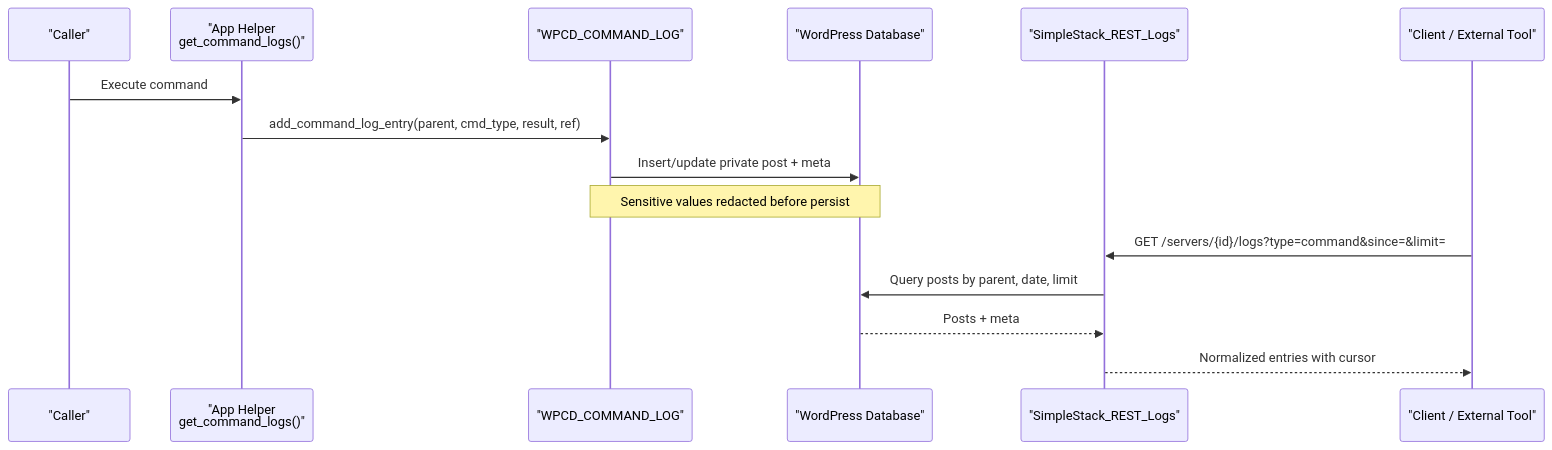
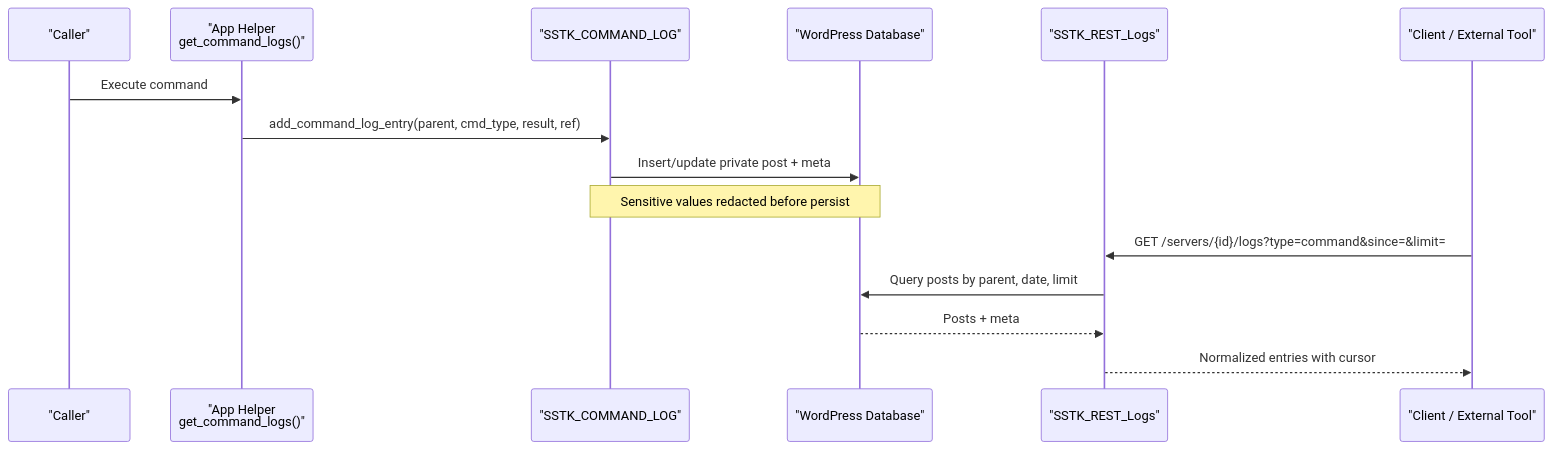
One commit to onedogsolutions/simple-stack changed the second of 6 diagrams in .qoder/repowiki/en/content/Logging & Monitoring/Command Execution Logging.md. Above: the diagram before and after it, drawn with Mermaid. The commit also changed other lines of this file and 5941 other files, not shown here.

First line of the commit message:
refactor(core): rebrand WPCloudDeploy to Simple Stack with new namespaces and prefixes

````diff
--- a/.qoder/repowiki/en/content/Logging & Monitoring/Command Execution Logging.md
+++ b/.qoder/repowiki/en/content/Logging & Monitoring/Command Execution Logging.md
@@ -89,17 +89,17 @@
 ```mermaid
 sequenceDiagram
 participant Caller as "Caller"
 participant App as "App Helper<br/>get_command_logs()"
-participant CmdLog as "WPCD_COMMAND_LOG"
+participant CmdLog as "SSTK_COMMAND_LOG"
 participant DB as "WordPress Database"
-participant API as "SimpleStack_REST_Logs"
+participant API as "SSTK_REST_Logs"
 participant Client as "Client / External Tool"
 Caller->>App : Execute command
 App->>CmdLog : add_command_log_entry(parent, cmd_type, result, ref)
 CmdLog->>DB : Insert/update private post + meta
 Note over CmdLog,DB : Sensitive values redacted before persist
 Client->>API : GET /servers/{id}/logs?type=command&since=&limit=
 API->>DB : Query posts by parent, date, limit
 DB-->>API : Posts + meta
 API-->>Client : Normalized entries with cursor
 ```
````
